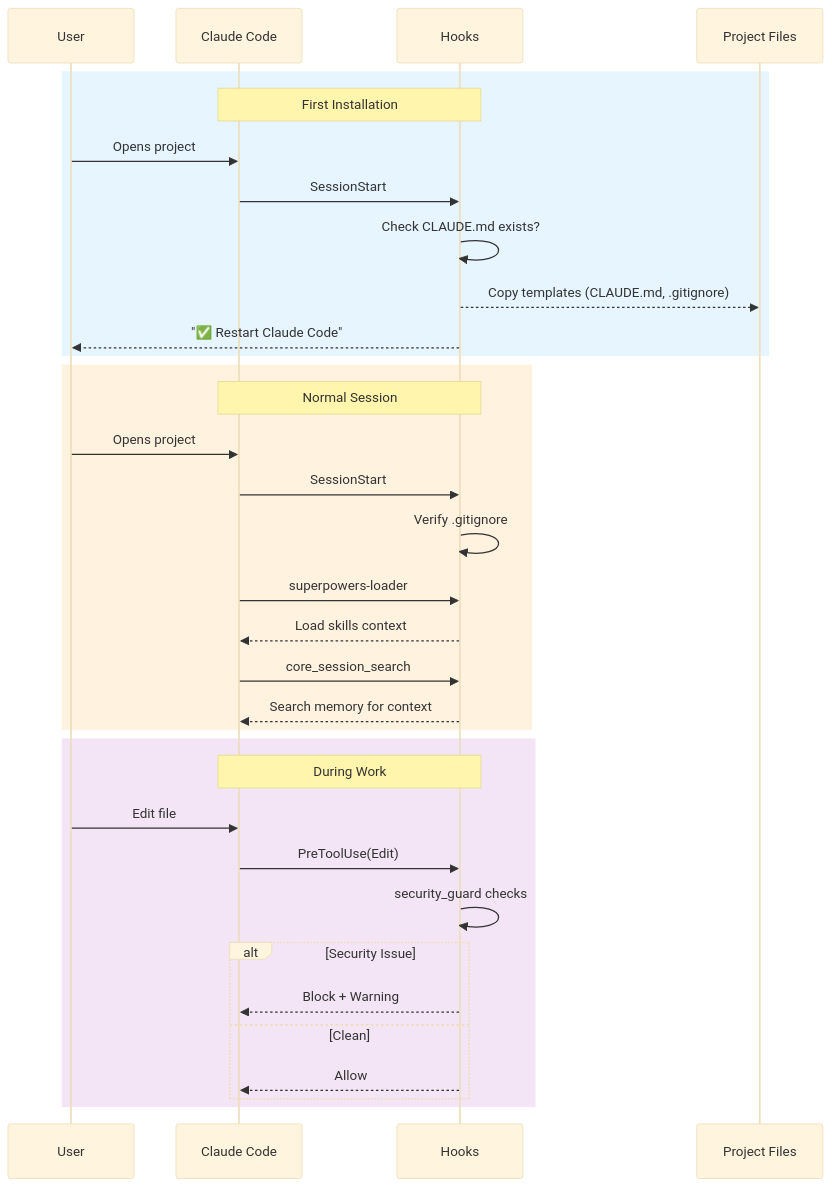
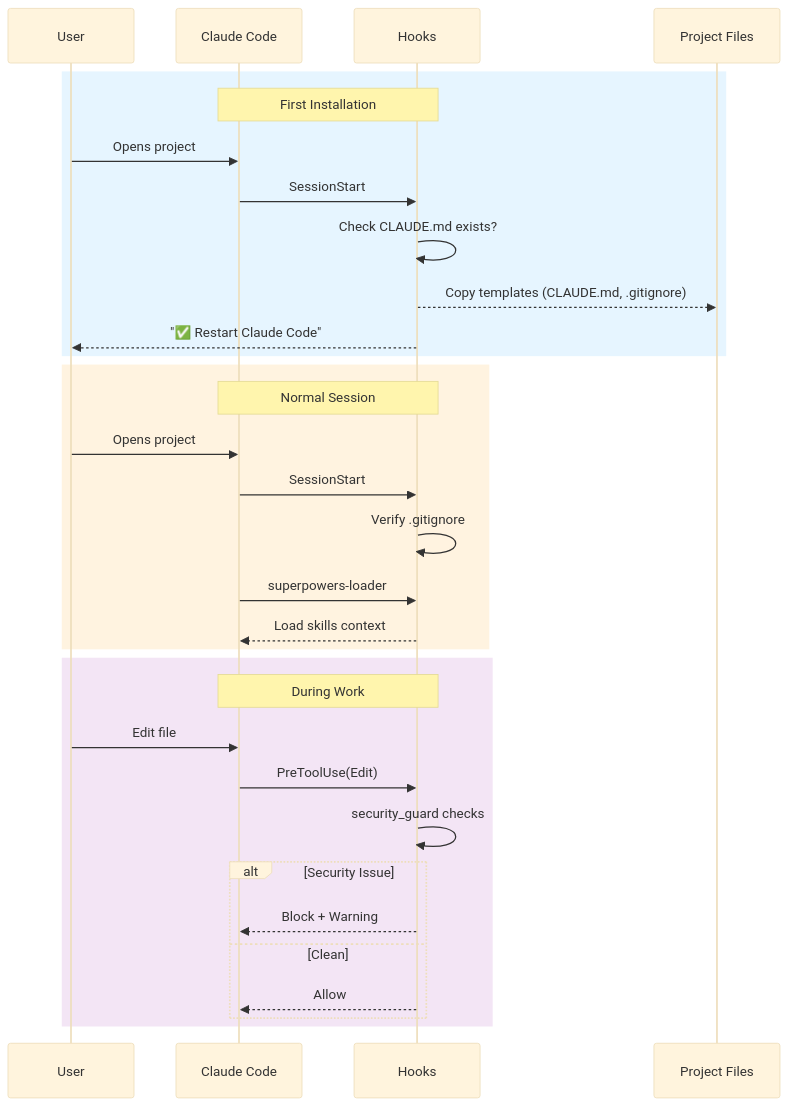
One commit to Dario-Arcos/ai-framework changed the third of 5 diagrams in docs/architecture.md. Above: the diagram before and after it, drawn with Mermaid (base theme). The commit also changed other lines of this file and 1 other file, not shown here.

First line of the commit message:
docs: remove stale references to deprecated memory components

````diff
--- a/docs/architecture.md
+++ b/docs/architecture.md
@@ -88,39 +88,37 @@
 ```mermaid
 sequenceDiagram
     participant U as User
     participant CC as Claude Code
     participant H as Hooks
     participant P as Project Files
 
     rect rgb(230, 245, 255)
         Note over CC,H: First Installation
         U->>CC: Opens project
         CC->>H: SessionStart
         H->>H: Check CLAUDE.md exists?
         H-->>P: Copy templates (CLAUDE.md, .gitignore)
         H-->>U: "✅ Restart Claude Code"
     end
 
     rect rgb(255, 243, 224)
         Note over CC,H: Normal Session
         U->>CC: Opens project
         CC->>H: SessionStart
         H->>H: Verify .gitignore
         CC->>H: superpowers-loader
         H-->>CC: Load skills context
-        CC->>H: core_session_search
-        H-->>CC: Search memory for context
     end
 
     rect rgb(243, 229, 245)
         Note over CC,H: During Work
         U->>CC: Edit file
         CC->>H: PreToolUse(Edit)
         H->>H: security_guard checks
         alt Security Issue
             H-->>CC: Block + Warning
         else Clean
             H-->>CC: Allow
         end
     end
 ```
````
